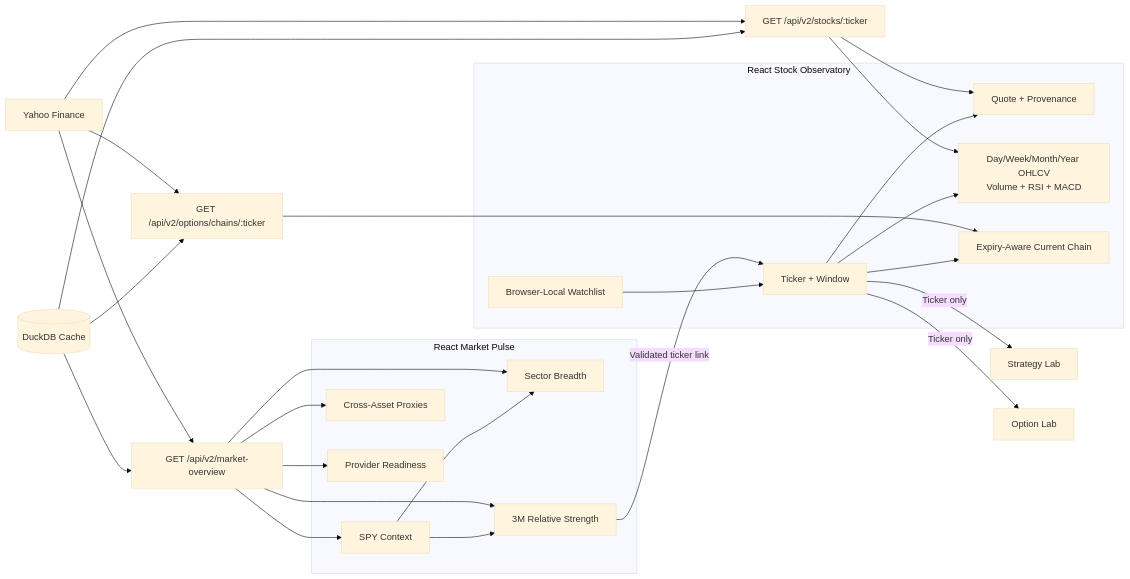
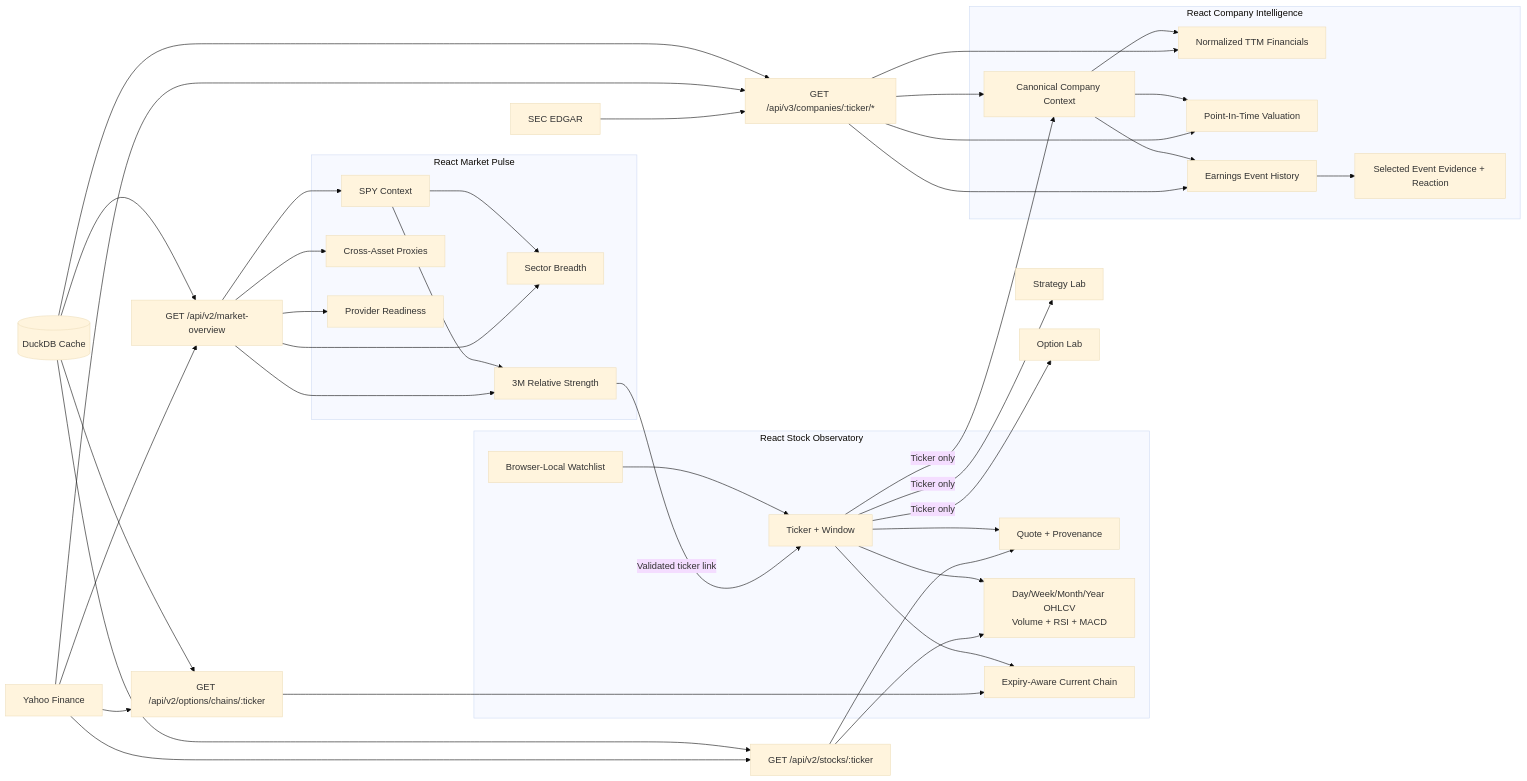
The fifth of 9 diagrams in docs/system-diagrams.md (hoshinglee/gbb-terminal), drawn with Mermaid (base theme) before and after one commit. The commit also changed other lines of this file and 15 other files, not shown here.

Commit message:
feat: add company intelligence earnings explorer

````diff
--- a/docs/system-diagrams.md
+++ b/docs/system-diagrams.md
@@ -243,42 +243,61 @@
 ```mermaid
 flowchart LR
     subgraph Stock[React Stock Observatory]
         StockContext[Ticker + Window]
         Watchlist[Browser-Local Watchlist]
         Quote[Quote + Provenance]
         Replay[Day/Week/Month/Year OHLCV<br/>Volume + RSI + MACD]
         OptionContext[Expiry-Aware Current Chain]
         StockContext --> Quote
         StockContext --> Replay
         StockContext --> OptionContext
         Watchlist --> StockContext
     end
 
     subgraph Market[React Market Pulse]
         Benchmark[SPY Context]
         Breadth[Sector Breadth]
         Relative[3M Relative Strength]
         Macro[Cross-Asset Proxies]
         Providers[Provider Readiness]
         Benchmark --> Breadth
         Benchmark --> Relative
     end
 
+    subgraph Intelligence[React Company Intelligence]
+        CompanyContext[Canonical Company Context]
+        Fundamentals[Normalized TTM Financials]
+        Valuation[Point-In-Time Valuation]
+        Events[Earnings Event History]
+        EventDetail[Selected Event Evidence + Reaction]
+        CompanyContext --> Fundamentals
+        CompanyContext --> Valuation
+        CompanyContext --> Events --> EventDetail
+    end
+
     StockAPI[GET /api/v2/stocks/:ticker] --> Quote
     StockAPI --> Replay
     ChainAPI[GET /api/v2/options/chains/:ticker] --> OptionContext
     MarketAPI[GET /api/v2/market-overview] --> Benchmark
     MarketAPI --> Breadth
     MarketAPI --> Relative
     MarketAPI --> Macro
     MarketAPI --> Providers
+    IntelligenceAPI[GET /api/v3/companies/:ticker/*] --> CompanyContext
+    IntelligenceAPI --> Fundamentals
+    IntelligenceAPI --> Valuation
+    IntelligenceAPI --> Events
     DuckDB[(DuckDB Cache)] --> StockAPI
     DuckDB --> ChainAPI
     DuckDB --> MarketAPI
+    DuckDB --> IntelligenceAPI
     Yahoo[Yahoo Finance] --> StockAPI
     Yahoo --> ChainAPI
     Yahoo --> MarketAPI
+    Yahoo --> IntelligenceAPI
+    SEC[SEC EDGAR] --> IntelligenceAPI
     Relative -->|Validated ticker link| StockContext
     StockContext -->|Ticker only| Strategy[Strategy Lab]
     StockContext -->|Ticker only| Options[Option Lab]
+    StockContext -->|Ticker only| CompanyContext
 ```
````
